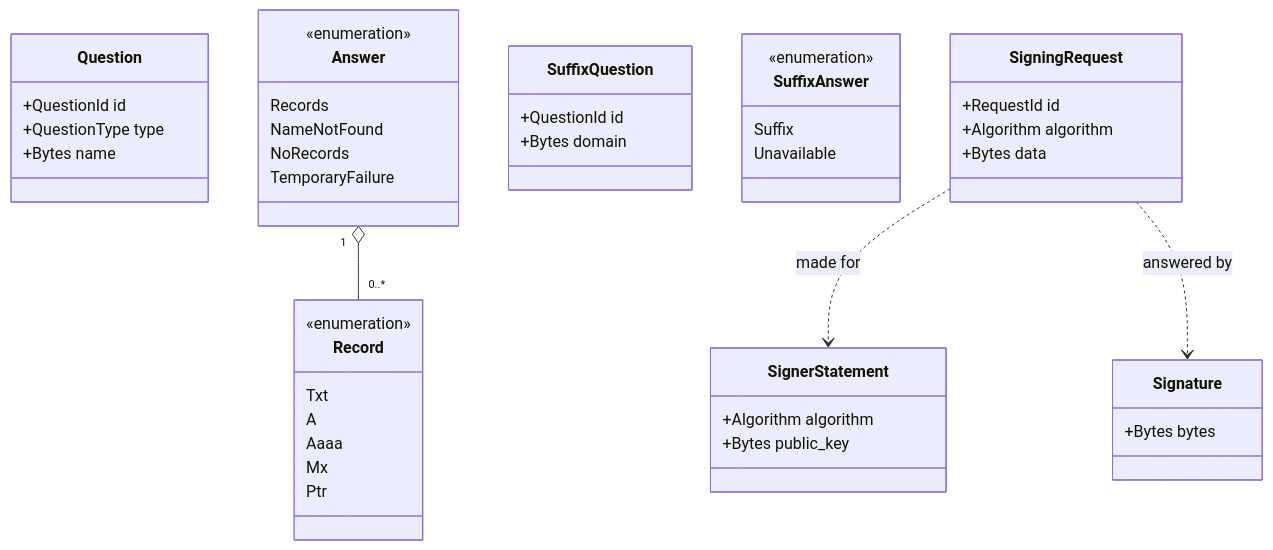
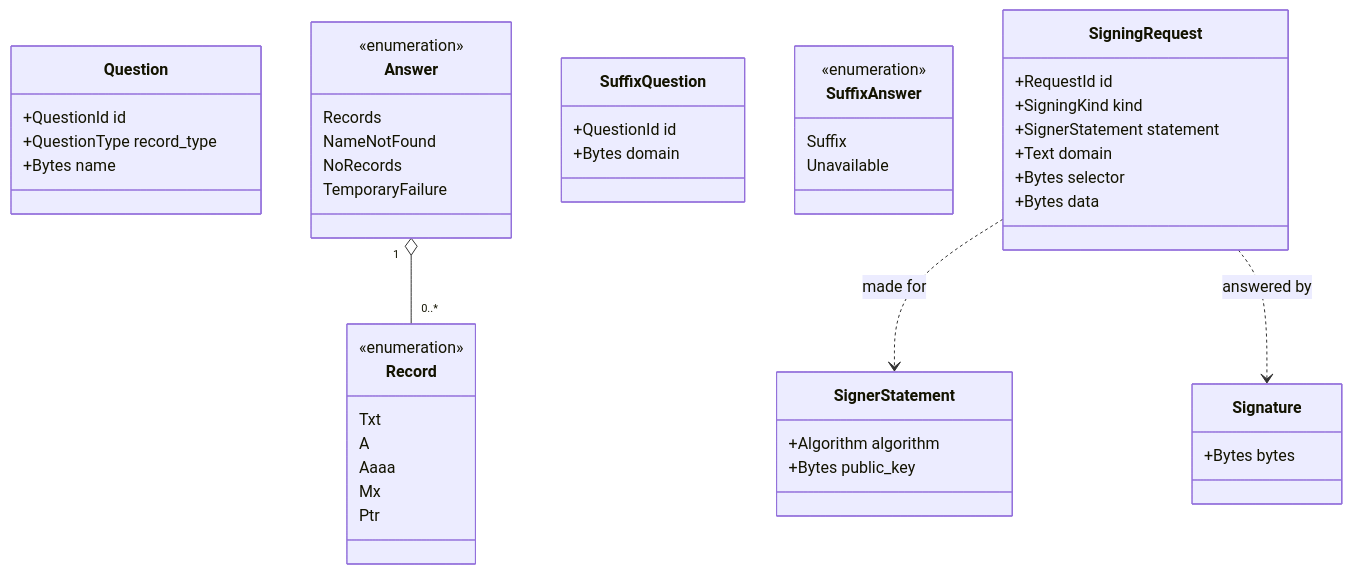
Before and after one commit to photom/hallmark: the fourth of 6 diagrams in docs/reference/design/domain-model.md, drawn with Mermaid. The commit also changed other lines of this file and 45 other files, not shown here.

````diff
--- a/docs/reference/design/domain-model.md
+++ b/docs/reference/design/domain-model.md
@@ -189,47 +189,50 @@
 ```mermaid
 classDiagram
     class Question {
         +QuestionId id
-        +QuestionType type
+        +QuestionType record_type
         +Bytes name
     }
     class Answer {
         <<enumeration>>
         Records
         NameNotFound
         NoRecords
         TemporaryFailure
     }
     class Record {
         <<enumeration>>
         Txt
         A
         Aaaa
         Mx
         Ptr
     }
     class SuffixQuestion {
         +QuestionId id
         +Bytes domain
     }
     class SuffixAnswer {
         <<enumeration>>
         Suffix
         Unavailable
     }
     class SignerStatement {
         +Algorithm algorithm
         +Bytes public_key
     }
     class SigningRequest {
         +RequestId id
-        +Algorithm algorithm
+        +SigningKind kind
+        +SignerStatement statement
+        +Text domain
+        +Bytes selector
         +Bytes data
     }
     class Signature {
         +Bytes bytes
     }
     Answer "1" o-- "0..*" Record
     SigningRequest ..> SignerStatement : made for
     SigningRequest ..> Signature : answered by
 ```
````
